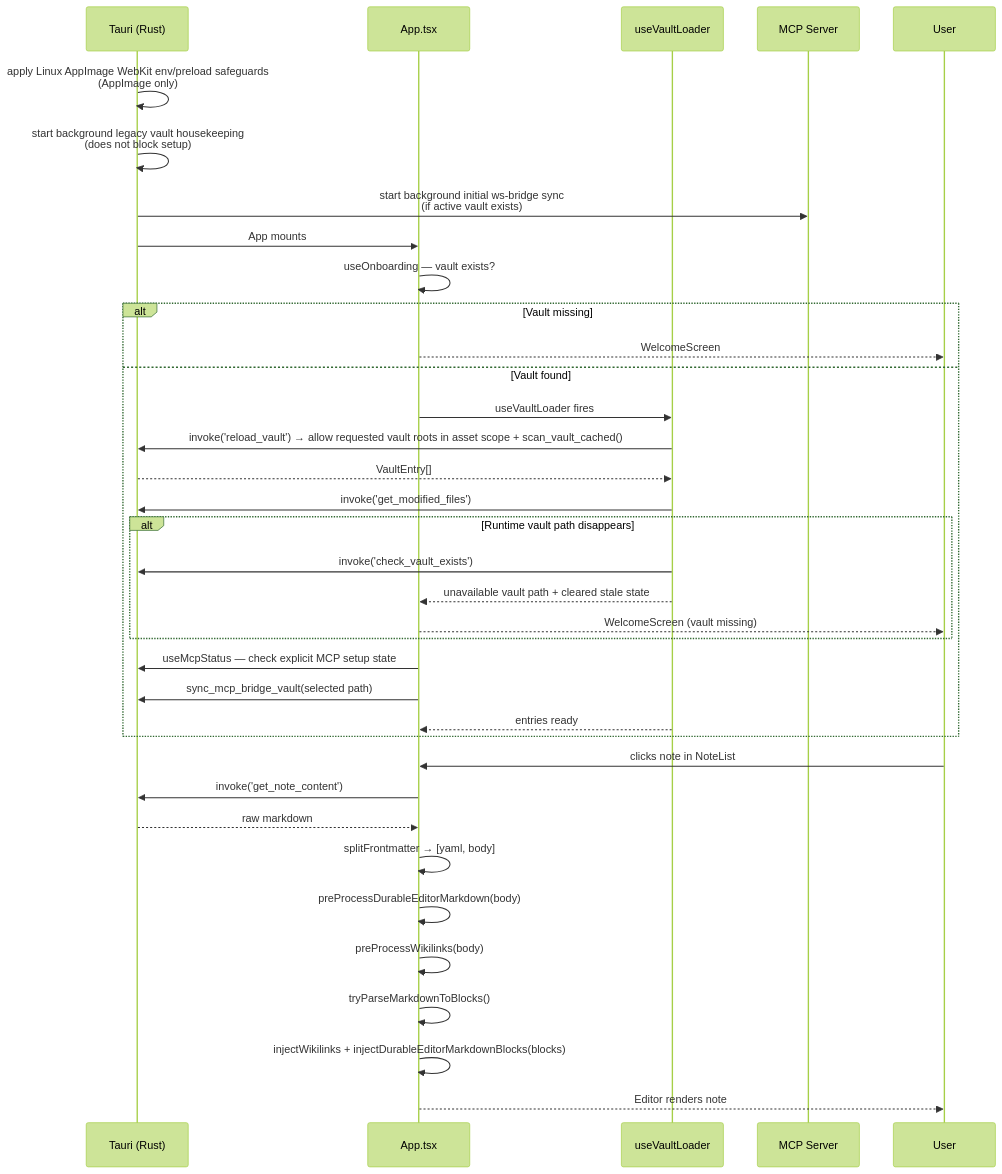
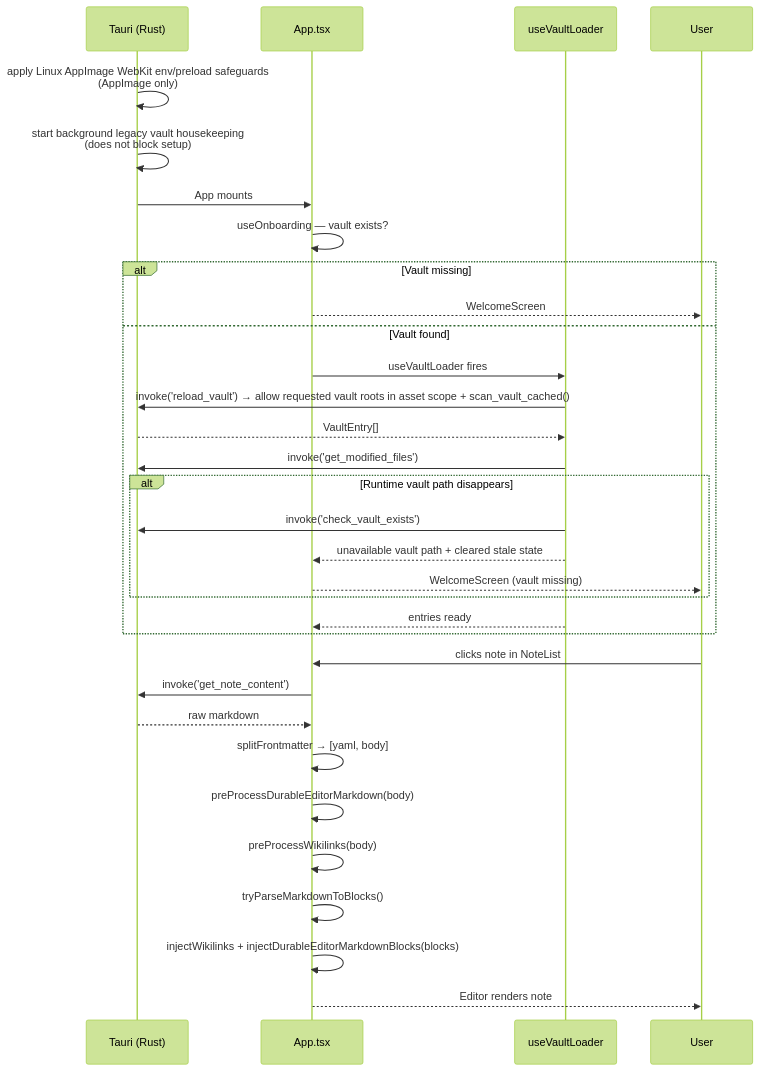
Before and after one commit to kohz87/Artemis: the seventh of 10 diagrams in docs/ARCHITECTURE.md, drawn with Mermaid (forest theme). The commit also changed other lines of this file and 152 other files, not shown here.

````diff
--- a/docs/ARCHITECTURE.md
+++ b/docs/ARCHITECTURE.md
@@ -547,41 +513,37 @@
 ```mermaid
 sequenceDiagram
     participant T as Tauri (Rust)
     participant A as App.tsx
     participant VL as useVaultLoader
-    participant MCP as MCP Server
     participant U as User
 
     T->>T: apply Linux AppImage WebKit env/preload safeguards<br/>(AppImage only)
     T->>T: start background legacy vault housekeeping<br/>(does not block setup)
-    T->>MCP: start background initial ws-bridge sync<br/>(if active vault exists)
     T->>A: App mounts
 
     A->>A: useOnboarding — vault exists?
     alt Vault missing
         A-->>U: WelcomeScreen
     else Vault found
         A->>VL: useVaultLoader fires
         VL->>T: invoke('reload_vault') → allow requested vault roots in asset scope + scan_vault_cached()
         T-->>VL: VaultEntry[]
         VL->>T: invoke('get_modified_files')
         alt Runtime vault path disappears
             VL->>T: invoke('check_vault_exists')
             VL-->>A: unavailable vault path + cleared stale state
             A-->>U: WelcomeScreen (vault missing)
         end
-        A->>T: useMcpStatus — check explicit MCP setup state
-        A->>T: sync_mcp_bridge_vault(selected path)
         VL-->>A: entries ready
     end
 
     U->>A: clicks note in NoteList
     A->>T: invoke('get_note_content')
     T-->>A: raw markdown
     A->>A: splitFrontmatter → [yaml, body]
     A->>A: preProcessDurableEditorMarkdown(body)
     A->>A: preProcessWikilinks(body)
     A->>A: tryParseMarkdownToBlocks()
     A->>A: injectWikilinks + injectDurableEditorMarkdownBlocks(blocks)
     A-->>U: Editor renders note
 ```
````
